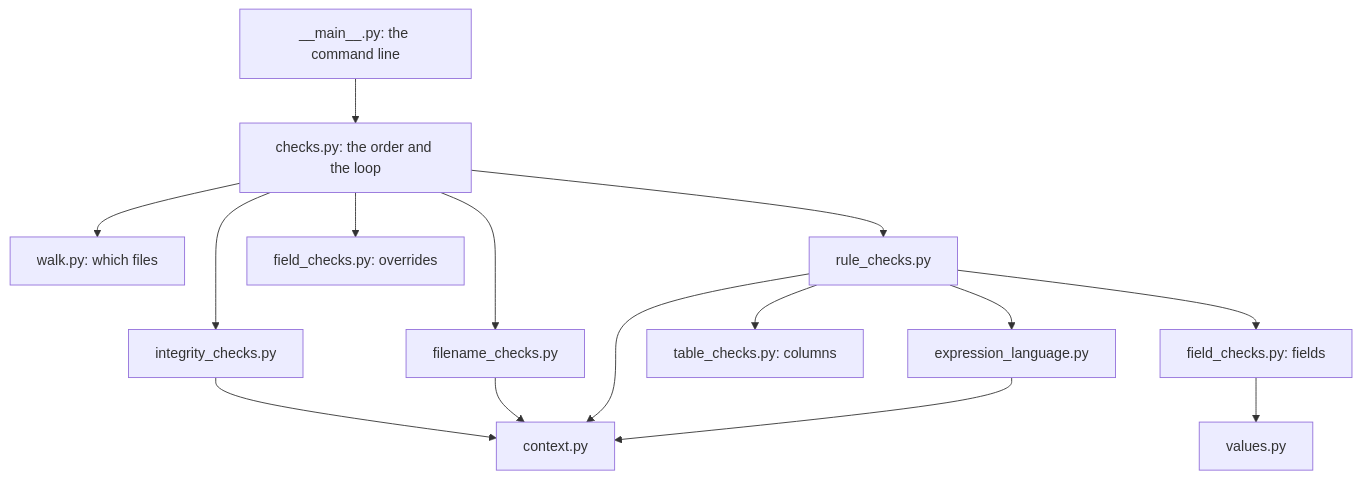
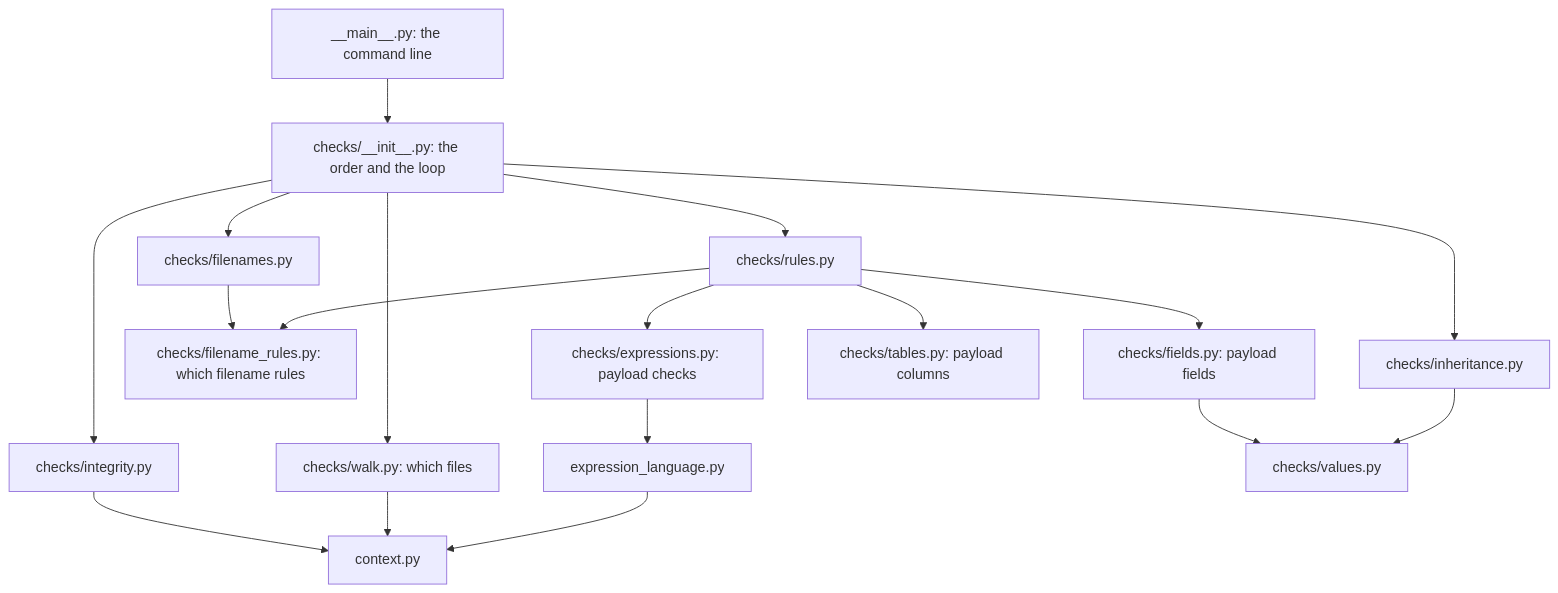
One commit to bids-standard/python-validator changed the first of 2 diagrams in docs/validation.md. Above: the diagram before and after it, drawn with Mermaid. The commit also changed other lines of this file and 38 other files, not shown here.

````diff
--- a/docs/validation.md
+++ b/docs/validation.md
@@ -54,17 +79,20 @@
 ```mermaid
 flowchart TD
-    CLI["__main__.py: the command line"] --> CHECKS["checks.py: the order and the loop"]
-    CHECKS --> WALK["walk.py: which files"]
-    CHECKS --> INT["integrity_checks.py"]
-    CHECKS --> FN["filename_checks.py"]
-    CHECKS --> RC["rule_checks.py"]
-    CHECKS --> FC["field_checks.py: overrides"]
-    RC --> FC2["field_checks.py: fields"]
-    RC --> TC["table_checks.py: columns"]
-    RC --> EL["expression_language.py"]
-    FC2 --> VAL["values.py"]
+    CLI["__main__.py: the command line"] --> CHECKS["checks/__init__.py: the order and the loop"]
+    CHECKS --> WALK["checks/walk.py: which files"]
+    CHECKS --> INT["checks/integrity.py"]
+    CHECKS --> INHERIT["checks/inheritance.py"]
+    CHECKS --> FN["checks/filenames.py"]
+    CHECKS --> RE["checks/rules.py"]
+    FN --> FR["checks/filename_rules.py: which filename rules"]
+    RE --> FR
+    RE --> EC["checks/expressions.py: payload checks"]
+    RE --> FC["checks/fields.py: payload fields"]
+    RE --> TC["checks/tables.py: payload columns"]
+    EC --> EL["expression_language.py"]
+    FC --> VAL["checks/values.py"]
+    INHERIT --> VAL
     INT --> CTX["context.py"]
-    FN --> CTX
-    RC --> CTX
+    WALK --> CTX
     EL --> CTX
 ```
````
